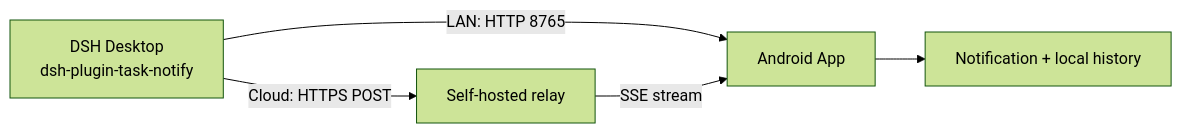
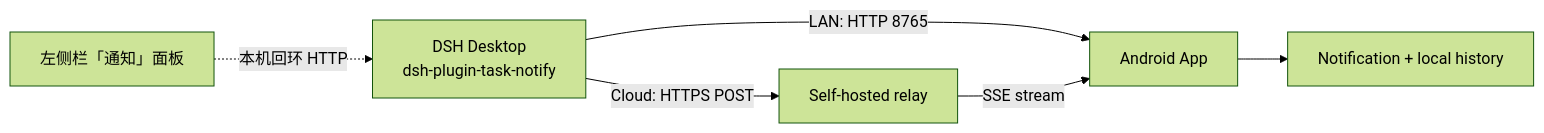
The first of 2 diagrams in README.md (1215chen/dsh-plugin-task-notify), drawn with Mermaid (forest theme) before and after one commit. The commit also changed other lines of this file and 39 other files, not shown here.

````diff
--- a/README.md
+++ b/README.md
@@ -30,7 +30,8 @@
 ```mermaid
 flowchart LR
   D["DSH Desktop<br/>dsh-plugin-task-notify"] -->|"LAN: HTTP 8765"| P["Android App"]
   D -->|"Cloud: HTTPS POST"| R["Self-hosted relay"]
   R -->|"SSE stream"| P
   P --> N["Notification + local history"]
+  U["左侧栏「通知」面板"] -.->|"本机回环 HTTP"| D
 ```
````
